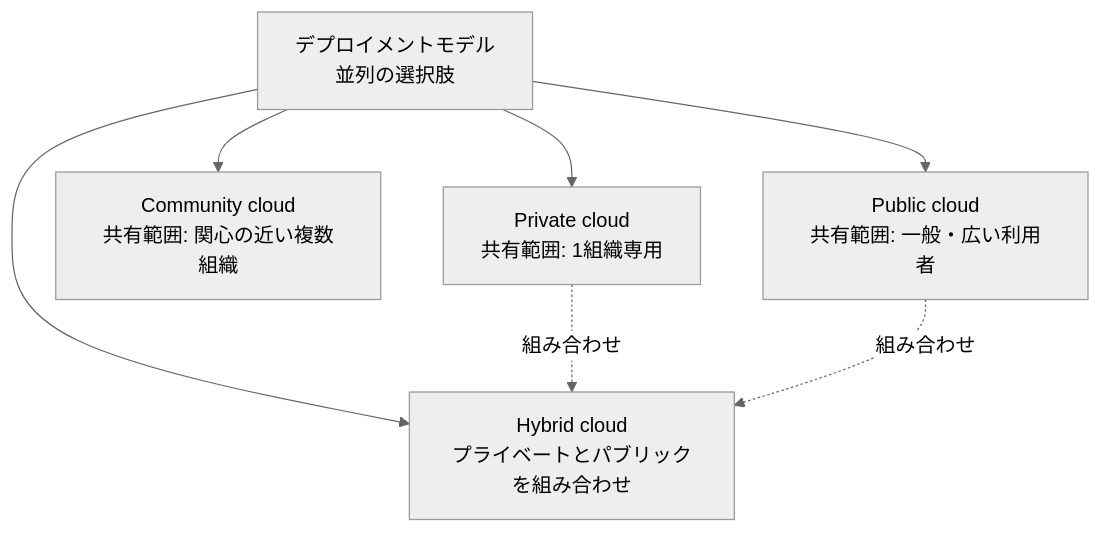
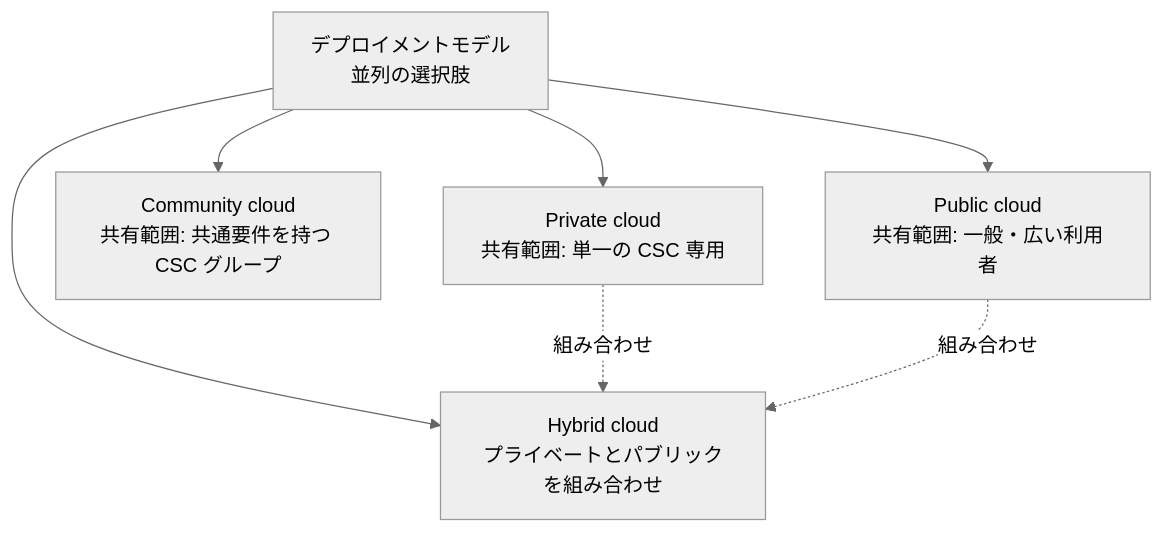
Before and after one commit to myoshi2891/Cloud-Infrastructure-and-Network-Studies: the seventh of 14 diagrams in Iso-iec-22123-2-guide.md, drawn with Mermaid (neutral theme). The commit also changed other lines of this file and 5 other files, not shown here.

````diff
--- a/Iso-iec-22123-2-guide.md
+++ b/Iso-iec-22123-2-guide.md
@@ -466,14 +466,14 @@
 ```mermaid
 flowchart TB
     DM["デプロイメントモデル<br/>並列の選択肢"]
-    D1["Private cloud<br/>共有範囲: 1組織専用"]
-    D2["Community cloud<br/>共有範囲: 関心の近い複数組織"]
+    D1["Private cloud<br/>共有範囲: 単一の CSC 専用"]
+    D2["Community cloud<br/>共有範囲: 共通要件を持つ CSC グループ"]
     D3["Public cloud<br/>共有範囲: 一般・広い利用者"]
     D4["Hybrid cloud<br/>プライベートとパブリックを組み合わせ"]
     DM --> D1
     DM --> D2
     DM --> D3
     DM --> D4
     D1 -.->|"組み合わせ"| D4
     D3 -.->|"組み合わせ"| D4
 ```
````
